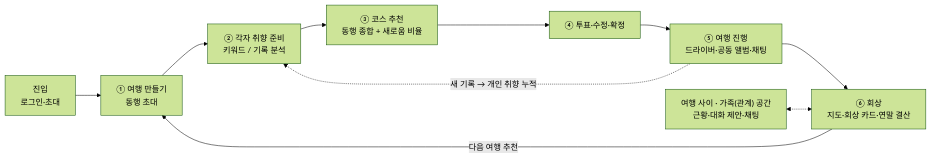
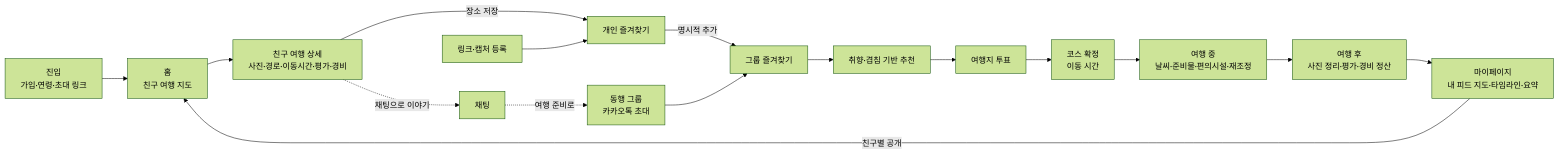
The first of 24 diagrams in docs/flow/user-flow.md (a204-eodilog/eodilog), drawn with Mermaid (forest theme) before and after one commit. The commit also changed other lines of this file, not shown here.

````diff
--- a/docs/flow/user-flow.md
+++ b/docs/flow/user-flow.md
@@ -28,12 +25,18 @@
 ```mermaid
 flowchart LR
-    A["진입<br/>로그인·초대"] --> B["① 여행 만들기<br/>동행 초대"]
-    B --> C["② 각자 취향 준비<br/>키워드 / 기록 분석"]
-    C --> D["③ 코스 추천<br/>동행 종합 + 새로움 비율"]
-    D --> E["④ 투표·수정·확정"]
-    E --> F["⑤ 여행 진행<br/>드라이버·공동 앨범·채팅"]
-    F --> G["⑥ 회상<br/>지도·회상 카드·연말 결산"]
-    G -- "다음 여행 추천" --> B
-    F -. "새 기록 → 개인 취향 누적" .-> C
-    H["여행 사이 · 가족(관계) 공간<br/>근황·대화 제안·채팅"] <-.-> G
+    A["진입<br/>가입·연령·초대 링크"] --> H["홈<br/>친구 여행 지도"]
+    H --> D["친구 여행 상세<br/>사진·경로·이동시간·평가·경비"]
+    D -- "장소 저장" --> PF["개인 즐겨찾기"]
+    LC["링크·캡처 등록"] --> PF
+    PF -- "명시적 추가" --> GF["그룹 즐겨찾기"]
+    G["동행 그룹<br/>카카오톡 초대"] --> GF
+    GF --> R["취향·겹침 기반 추천"]
+    R --> V["여행지 투표"]
+    V --> C["코스 확정<br/>이동 시간"]
+    C --> T["여행 중<br/>날씨·준비물·편의시설·재조정"]
+    T --> P["여행 후<br/>사진 정리·평가·경비 정산"]
+    P --> M["마이페이지<br/>내 피드 지도·타임라인·요약"]
+    M -- "친구별 공개" --> H
+    D -. "채팅으로 이야기" .-> CH["채팅"]
+    CH -. "여행 준비로" .-> G
 ```
````
